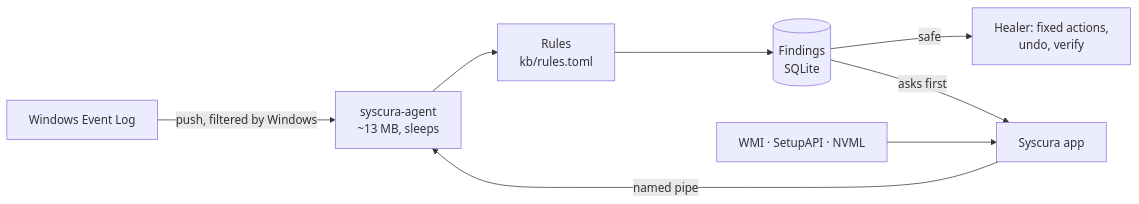
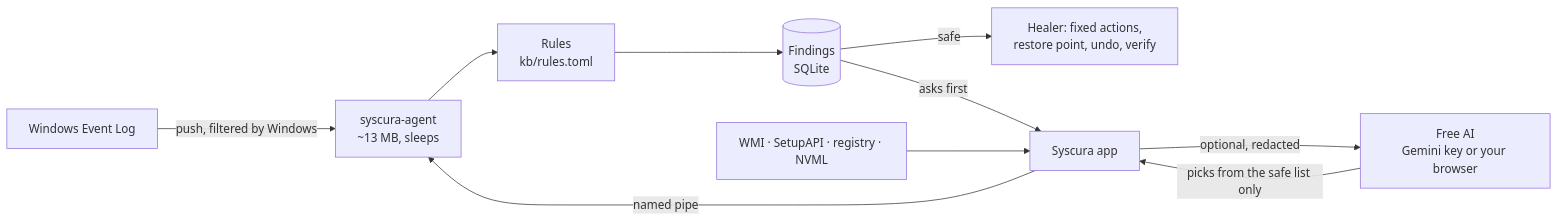
Before and after one commit to hiibrarahmad/syscura: the diagram in README.md, drawn with Mermaid. The commit also changed other lines of this file and 99 other files, not shown here.

````diff
--- a/README.md
+++ b/README.md
@@ -110,10 +129,12 @@
 ```mermaid
 flowchart LR
     W[Windows Event Log] -- push, filtered by Windows --> A[syscura-agent<br/>~13 MB, sleeps]
     A --> R[Rules<br/>kb/rules.toml]
     R --> F[(Findings<br/>SQLite)]
-    F -- safe --> H[Healer: fixed actions,<br/>undo, verify]
+    F -- safe --> H[Healer: fixed actions,<br/>restore point, undo, verify]
     F -- asks first --> UI[Syscura app]
     UI -- named pipe --> A
-    HW[WMI · SetupAPI · NVML] --> UI
+    UI -- optional, redacted --> AI[Free AI<br/>Gemini key or your browser]
+    AI -- picks from the safe list only --> UI
+    HW[WMI · SetupAPI · registry · NVML] --> UI
 ```
````
